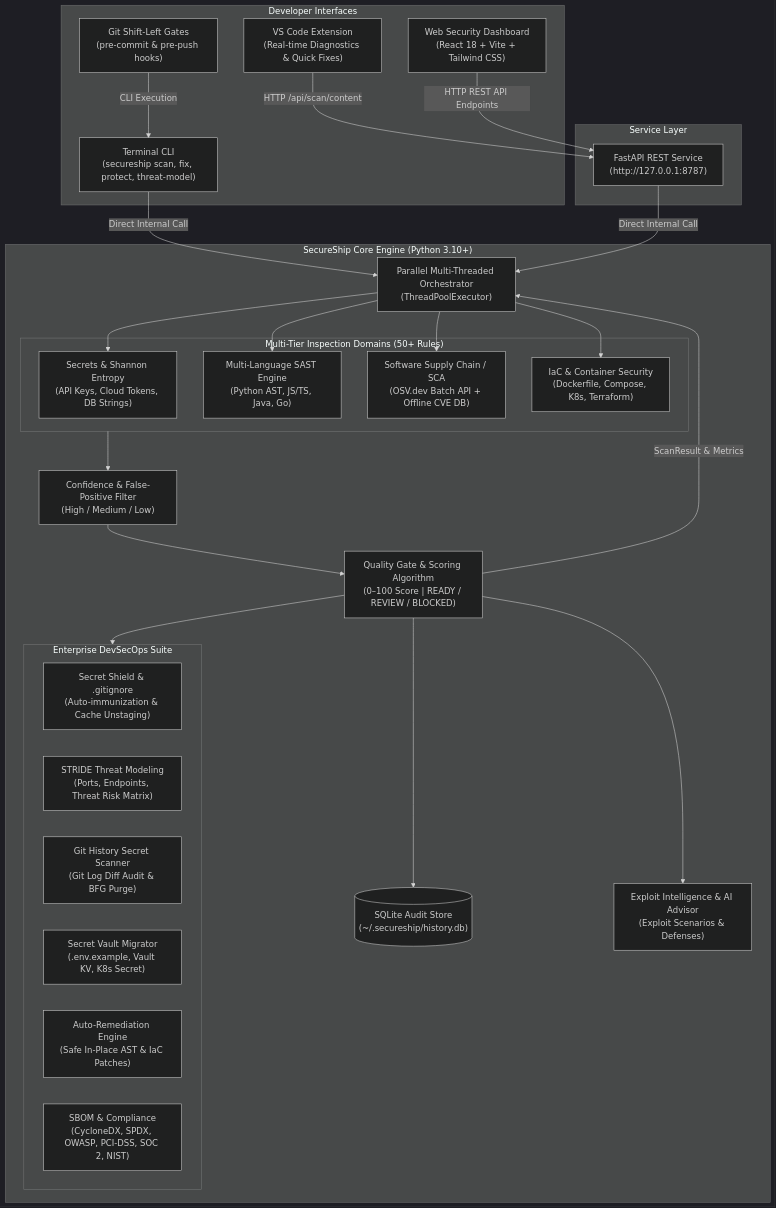
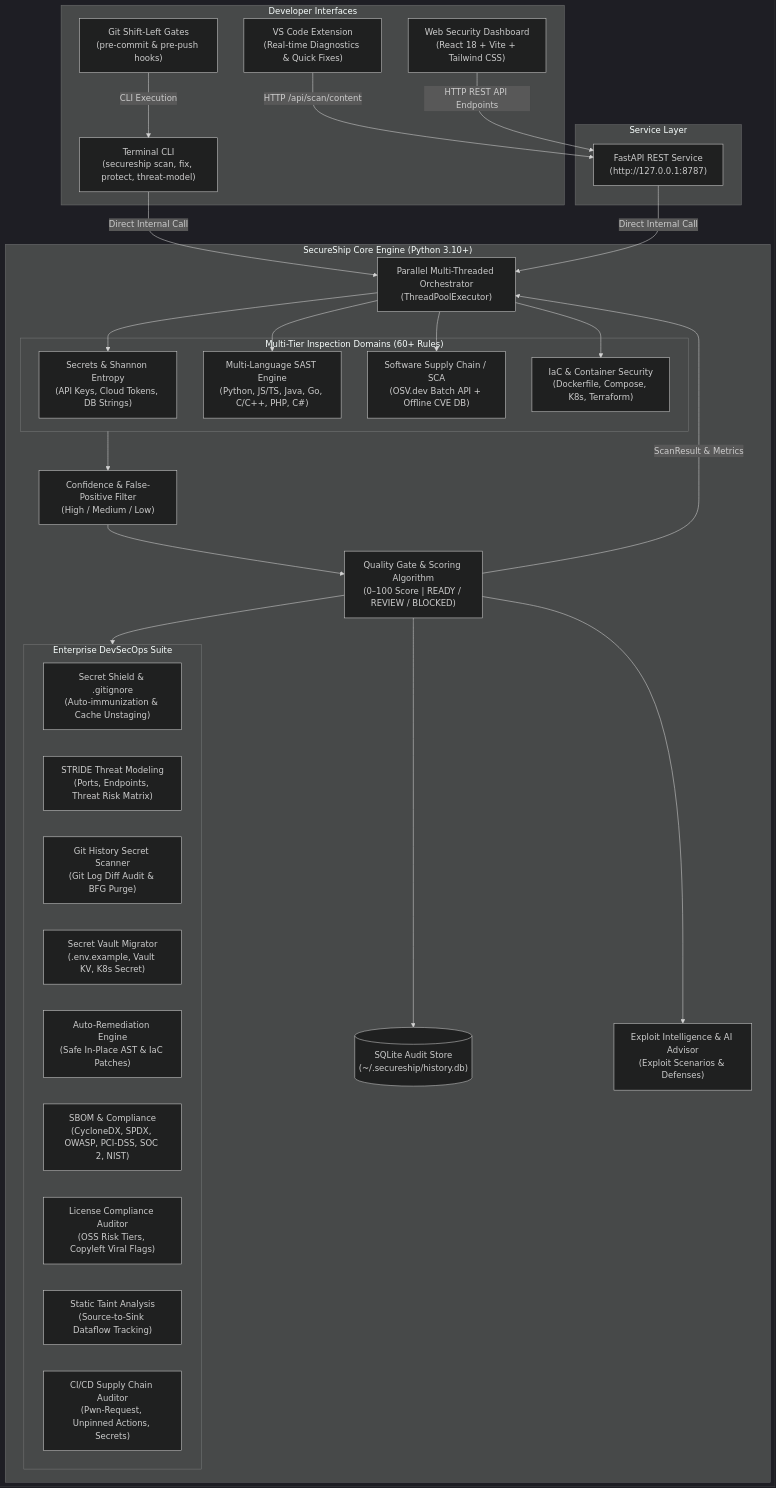
One commit to 777yash77/SecureSoftwareShip changed the diagram in README.md. Above: the diagram before and after it, drawn with Mermaid (dark theme). The commit also changed other lines of this file and 1 other file, not shown here.

````diff
--- a/README.md
+++ b/README.md
@@ -74,55 +74,58 @@
 ```mermaid
 flowchart TD
     subgraph Interfaces ["Developer Interfaces"]
         IDE["VS Code Extension\n(Real-time Diagnostics & Quick Fixes)"]
         GIT["Git Shift-Left Gates\n(pre-commit & pre-push hooks)"]
         CLI["Terminal CLI\n(secureship scan, fix, protect, threat-model)"]
         DASH["Web Security Dashboard\n(React 18 + Vite + Tailwind CSS)"]
     end
 
     subgraph ServiceLayer ["Service Layer"]
         API["FastAPI REST Service\n(http://127.0.0.1:8787)"]
     end
 
     subgraph CoreEngine ["SecureShip Core Engine (Python 3.10+)"]
         ORCH["Parallel Multi-Threaded Orchestrator\n(ThreadPoolExecutor)"]
         SCORER["Quality Gate & Scoring Algorithm\n(0–100 Score | READY / REVIEW / BLOCKED)"]
         CONF["Confidence & False-Positive Filter\n(High / Medium / Low)"]
         SQLITE[("SQLite Audit Store\n(~/.secureship/history.db)")]
         ADVISOR["Exploit Intelligence & AI Advisor\n(Exploit Scenarios & Defenses)"]
 
-        subgraph ModularScanners ["Multi-Tier Inspection Domains (50+ Rules)"]
+        subgraph ModularScanners ["Multi-Tier Inspection Domains (60+ Rules)"]
             S1["Secrets & Shannon Entropy\n(API Keys, Cloud Tokens, DB Strings)"]
-            S2["Multi-Language SAST Engine\n(Python AST, JS/TS, Java, Go)"]
+            S2["Multi-Language SAST Engine\n(Python, JS/TS, Java, Go, C/C++, PHP, C#)"]
             S3["Software Supply Chain / SCA\n(OSV.dev Batch API + Offline CVE DB)"]
             S4["IaC & Container Security\n(Dockerfile, Compose, K8s, Terraform)"]
         end
 
         subgraph EnterpriseModules ["Enterprise DevSecOps Suite"]
             E1["Secret Shield & .gitignore\n(Auto-immunization & Cache Unstaging)"]
             E2["STRIDE Threat Modeling\n(Ports, Endpoints, Threat Risk Matrix)"]
             E3["Git History Secret Scanner\n(Git Log Diff Audit & BFG Purge)"]
             E4["Secret Vault Migrator\n(.env.example, Vault KV, K8s Secret)"]
             E5["Auto-Remediation Engine\n(Safe In-Place AST & IaC Patches)"]
             E6["SBOM & Compliance\n(CycloneDX, SPDX, OWASP, PCI-DSS, SOC 2, NIST)"]
+            E7["License Compliance Auditor\n(OSS Risk Tiers, Copyleft Viral Flags)"]
+            E8["Static Taint Analysis\n(Source-to-Sink Dataflow Tracking)"]
+            E9["CI/CD Supply Chain Auditor\n(Pwn-Request, Unpinned Actions, Secrets)"]
         end
     end
 
     IDE -->|"HTTP /api/scan/content"| API
     DASH -->|"HTTP REST API Endpoints"| API
     GIT -->|"CLI Execution"| CLI
     CLI -->|"Direct Internal Call"| ORCH
     API -->|"Direct Internal Call"| ORCH
 
     ORCH --> S1
     ORCH --> S2
     ORCH --> S3
     ORCH --> S4
 
     ModularScanners --> CONF
     CONF --> SCORER
     SCORER --> SQLITE
     SCORER --> ADVISOR
     SCORER --> EnterpriseModules
     SCORER -->|"ScanResult & Metrics"| ORCH
 ```
````
